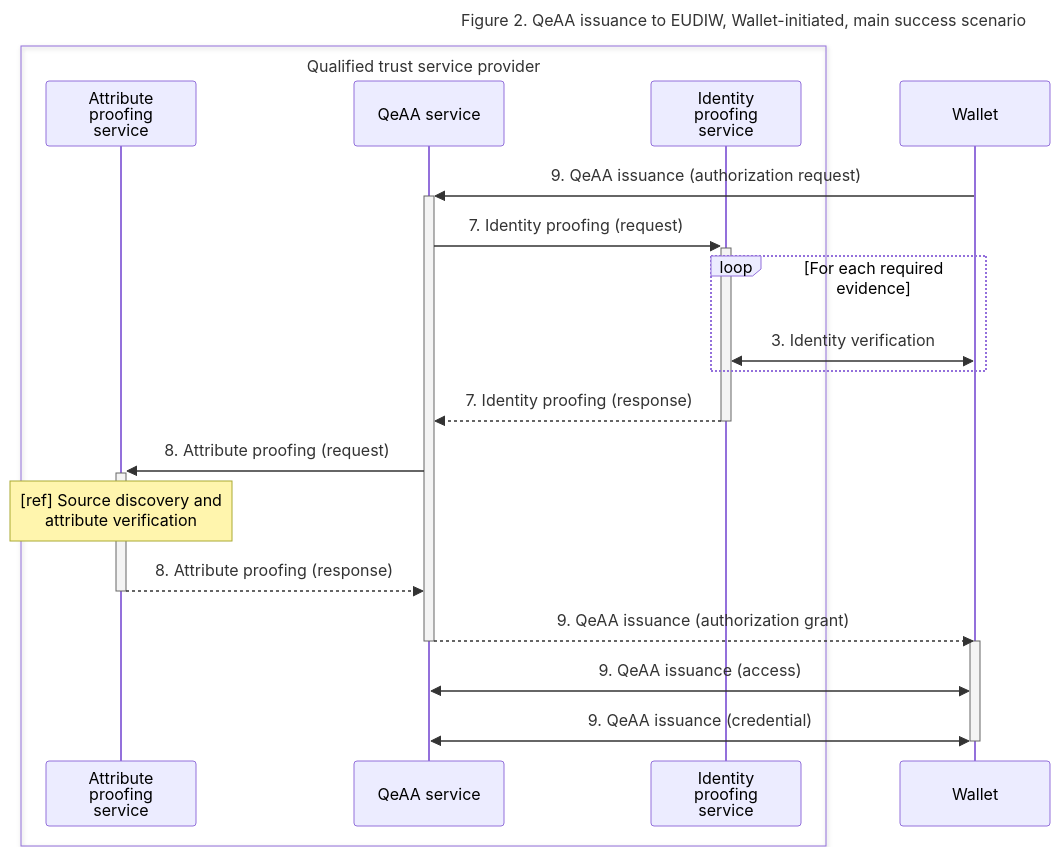
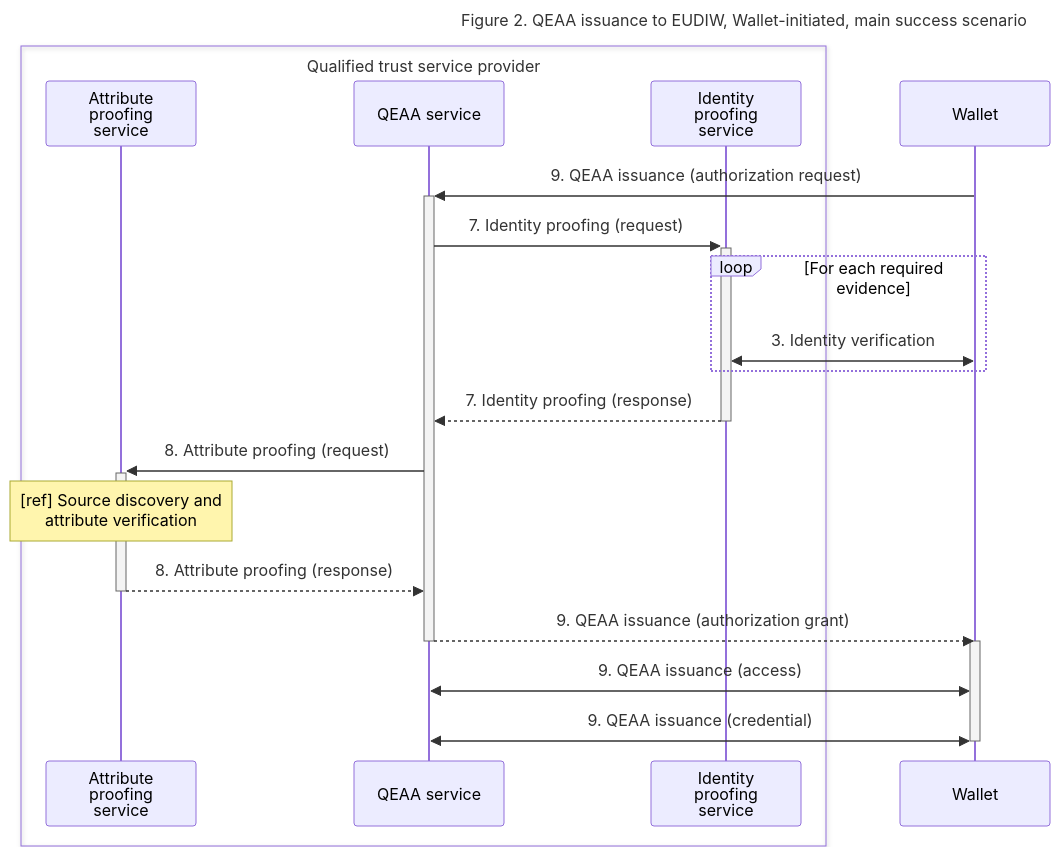
One commit to webuild-consortium/wp4-qtsp-group changed the second of 4 diagrams in docs/qeaa/architecture.md. Above: the diagram before and after it, drawn with Mermaid. The commit also changed other lines of this file and 1 other file, not shown here.

````diff
--- a/docs/qeaa/architecture.md
+++ b/docs/qeaa/architecture.md
@@ -144,25 +144,25 @@
 ```mermaid
 ---
-title: Figure 2. QeAA issuance to EUDIW, Wallet-initiated, main success scenario
+title: Figure 2. QEAA issuance to EUDIW, Wallet-initiated, main success scenario
 ---
 sequenceDiagram
 box Qualified trust service provider
     participant APS as Attribute<br>proofing<br>service
-    participant EAAS as QeAA service
+    participant EAAS as QEAA service
     participant IPS as Identity<br>proofing<br>service
 end
 participant Wallet
-Wallet ->>+ EAAS : 9. QeAA issuance (authorization request)
+Wallet ->>+ EAAS : 9. QEAA issuance (authorization request)
 EAAS ->>+ IPS : 7. Identity proofing (request)
 loop For each required evidence
     IPS <<->> Wallet : 3. Identity verification
 end
 IPS -->>- EAAS : 7. Identity proofing (response)
 EAAS ->>+ APS : 8. Attribute proofing (request)
 note over APS : [ref] Source discovery and<br>attribute verification
 APS -->>- EAAS : 8. Attribute proofing (response)
-EAAS -->>- Wallet : 9. QeAA issuance (authorization grant)
+EAAS -->>- Wallet : 9. QEAA issuance (authorization grant)
 activate Wallet
-Wallet <<->> EAAS : 9. QeAA issuance (access)
-Wallet <<->>- EAAS : 9. QeAA issuance (credential)
+Wallet <<->> EAAS : 9. QEAA issuance (access)
+Wallet <<->>- EAAS : 9. QEAA issuance (credential)
 ```
````
